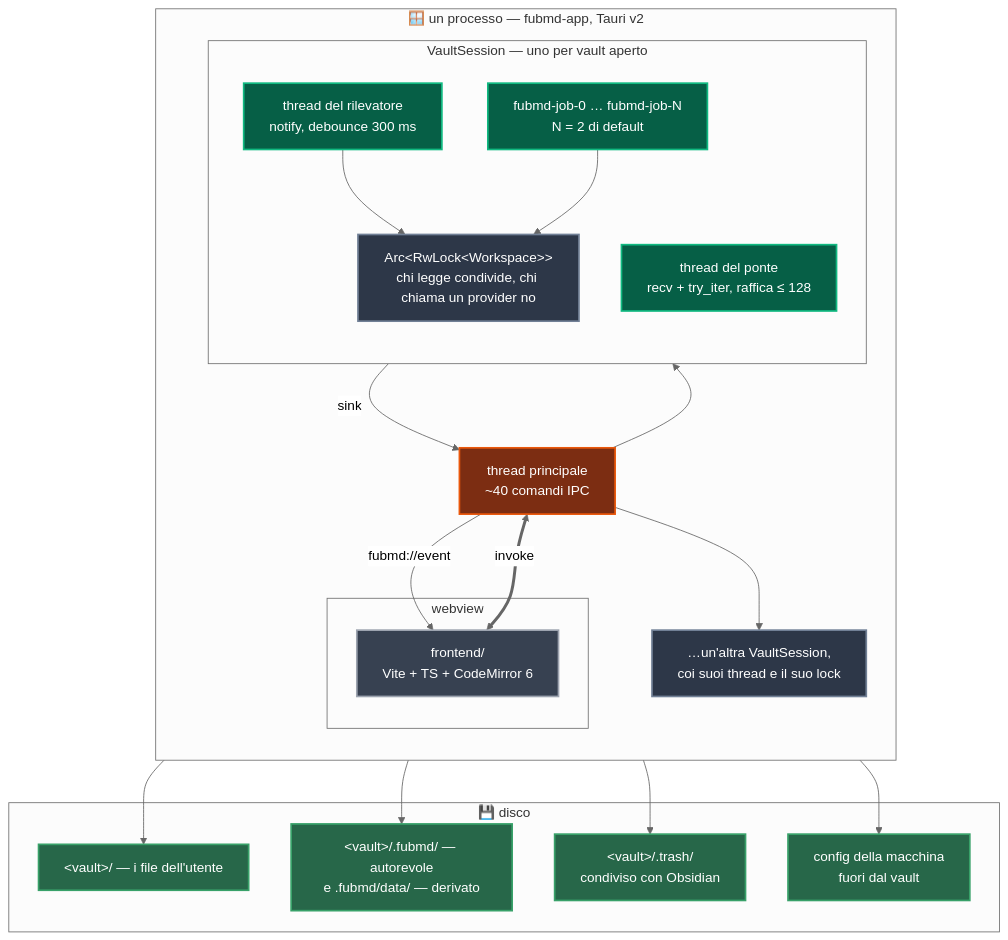
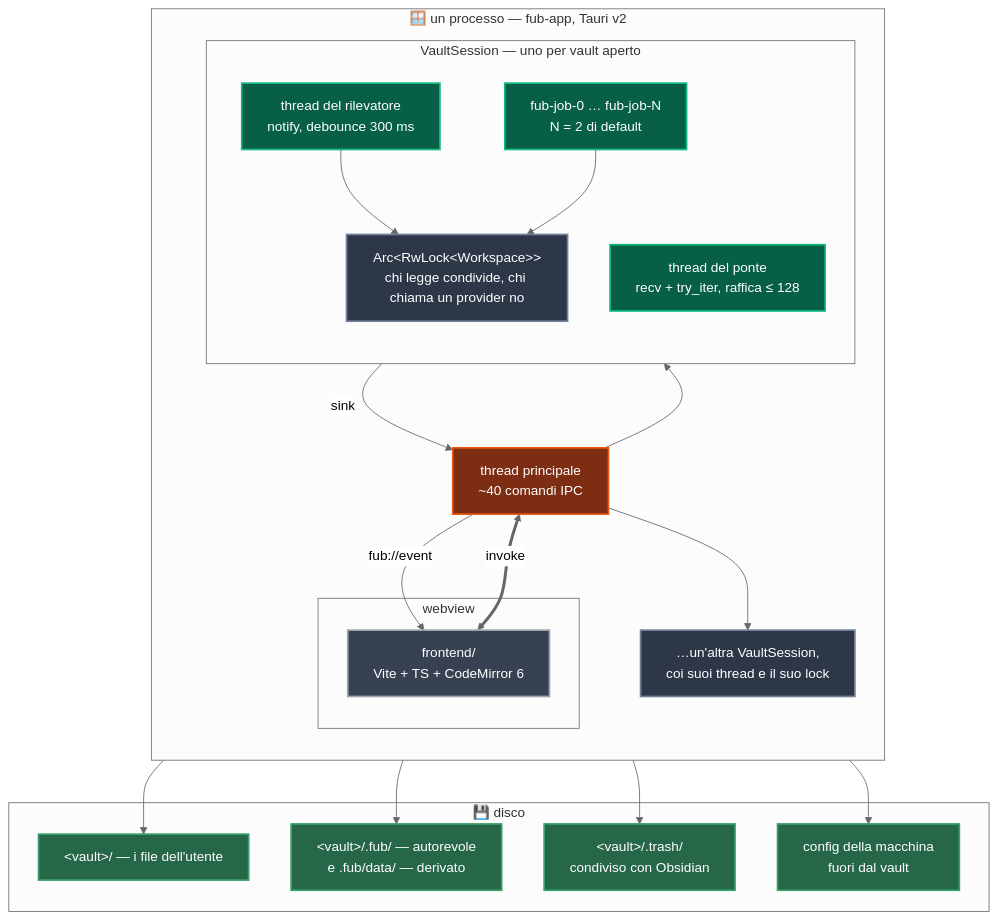
The third of 3 diagrams in docs/architecture/mappa-visuale.md (Fubeo/Fub), drawn with Mermaid (neutral theme) before and after one commit. The commit also changed other lines of this file and 517 other files, not shown here.

````diff
--- a/docs/architecture/mappa-visuale.md
+++ b/docs/architecture/mappa-visuale.md
@@ -266,44 +266,44 @@
 ```mermaid
 flowchart TB
     classDef proc  fill:#7c2d12,stroke:#ea580c,stroke-width:2px,color:#fff
     classDef ui    fill:#374151,stroke:#9ca3af,stroke-width:2px,color:#fff
     classDef core  fill:#2d3748,stroke:#718096,stroke-width:2px,color:#fff
     classDef th    fill:#065f46,stroke:#10b981,stroke-width:2px,color:#fff
     classDef disk  fill:#276749,stroke:#38a169,stroke-width:2px,color:#fff
 
-    subgraph PROC ["🪟 un processo — fubmd-app, Tauri v2"]
+    subgraph PROC ["🪟 un processo — fub-app, Tauri v2"]
         direction TB
         subgraph WV ["webview"]
             Shell["frontend/<br>Vite + TS + CodeMirror 6"]:::ui
         end
         Main["thread principale<br>~40 comandi IPC"]:::proc
 
         subgraph S1 ["VaultSession — uno per vault aperto"]
             direction TB
             WSL["Arc&lt;RwLock&lt;Workspace&gt;&gt;<br>chi legge condivide, chi chiama un provider no"]:::core
             TB1["thread del ponte<br>recv + try_iter, raffica ≤ 128"]:::th
             TW["thread del rilevatore<br>notify, debounce 300 ms"]:::th
-            TJ["fubmd-job-0 … fubmd-job-N<br>N = 2 di default"]:::th
+            TJ["fub-job-0 … fub-job-N<br>N = 2 di default"]:::th
         end
         S2["…un'altra VaultSession,<br>coi suoi thread e il suo lock"]:::core
     end
 
     subgraph DISCO ["💾 disco"]
         Vault["&lt;vault&gt;/ — i file dell'utente"]:::disk
-        Root["&lt;vault&gt;/.fubmd/ — autorevole<br>e .fubmd/data/ — derivato"]:::disk
+        Root["&lt;vault&gt;/.fub/ — autorevole<br>e .fub/data/ — derivato"]:::disk
         Trash["&lt;vault&gt;/.trash/<br>condiviso con Obsidian"]:::disk
         MConf["config della macchina<br>fuori dal vault"]:::disk
     end
 
     Shell <==>|"invoke"| Main
-    Main -->|"fubmd://event"| Shell
+    Main -->|"fub://event"| Shell
     Main --> WSL
     TB1 -->|"sink"| Main
     TW --> WSL
     TJ --> WSL
     WSL --> Vault
     WSL --> Root
     WSL --> Trash
     Main --> MConf
     Main --> S2
 ```
````
